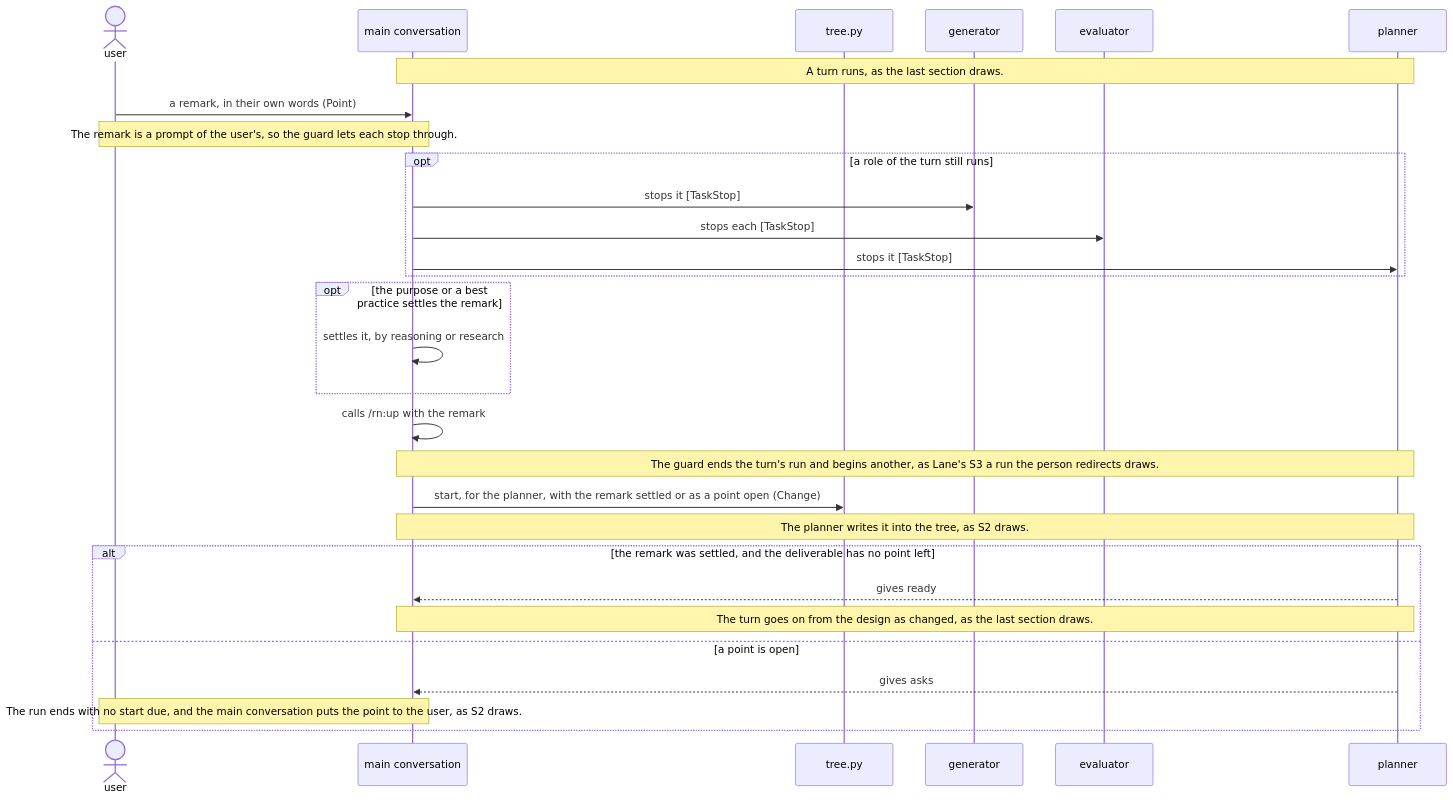
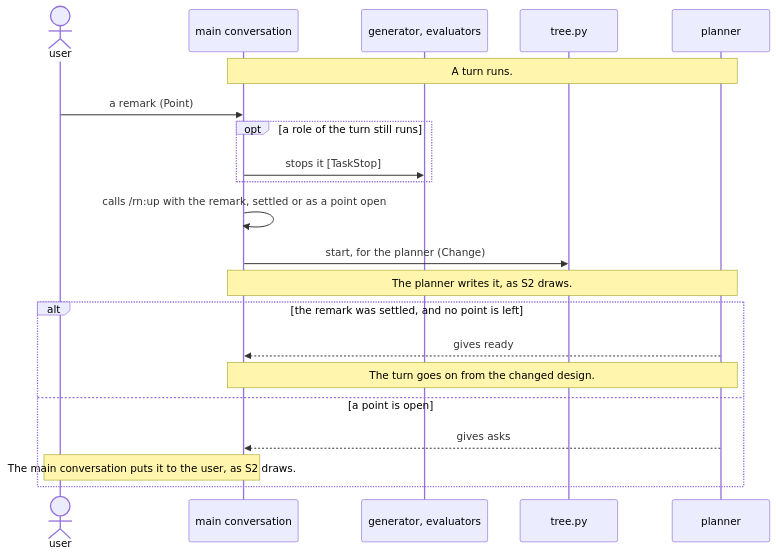
One commit to lovaizu/ccpm changed the fourth of 6 diagrams in dev/rn/architecture.md. Above: the diagram before and after it, drawn with Mermaid. The commit also changed other lines of this file and 40 other files, not shown here.

````diff
--- a/dev/rn/architecture.md
+++ b/dev/rn/architecture.md
@@ -668,31 +351,23 @@
 ```mermaid
 sequenceDiagram
   actor U as user
   participant M as main conversation
+  participant G as generator, evaluators
   participant T as tree.py
-  participant G as generator
-  participant E as evaluator
   participant P as planner
-  Note over M,P: A turn runs, as the last section draws.
-  U->>M: a remark, in their own words (Point)
-  Note over U,M: The remark is a prompt of the user's, so the guard lets each stop through.
+  Note over M,P: A turn runs.
+  U->>M: a remark (Point)
   opt a role of the turn still runs
     M->>G: stops it [TaskStop]
-    M->>E: stops each [TaskStop]
-    M->>P: stops it [TaskStop]
   end
-  opt the purpose or a best practice settles the remark
-    M->>M: settles it, by reasoning or research
-  end
-  M->>M: calls /rn:up with the remark
-  Note over M,P: The guard ends the turn's run and begins another, as Lane's S3 a run the person redirects draws.
-  M->>T: start, for the planner, with the remark settled or as a point open (Change)
-  Note over M,P: The planner writes it into the tree, as S2 draws.
-  alt the remark was settled, and the deliverable has no point left
+  M->>M: calls /rn:up with the remark, settled or as a point open
+  M->>T: start, for the planner (Change)
+  Note over M,P: The planner writes it, as S2 draws.
+  alt the remark was settled, and no point is left
     P-->>M: gives ready
-    Note over M,P: The turn goes on from the design as changed, as the last section draws.
+    Note over M,P: The turn goes on from the changed design.
   else a point is open
     P-->>M: gives asks
-    Note over U,M: The run ends with no start due, and the main conversation puts the point to the user, as S2 draws.
+    Note over U,M: The main conversation puts it to the user, as S2 draws.
   end
 ```
````
